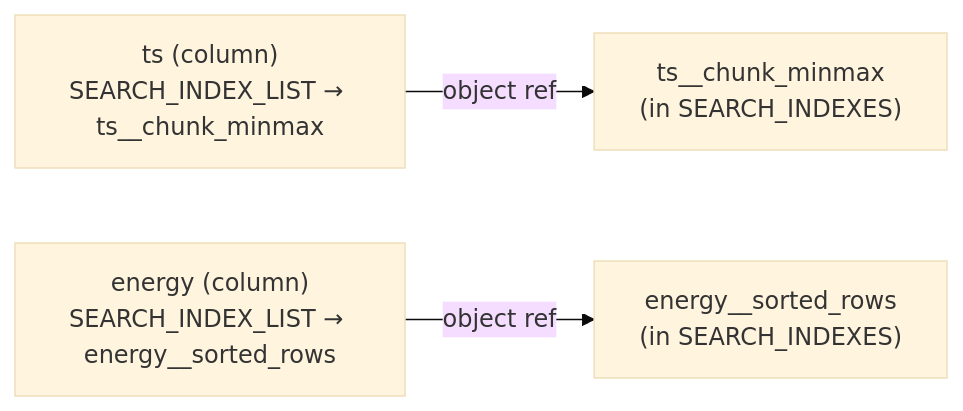
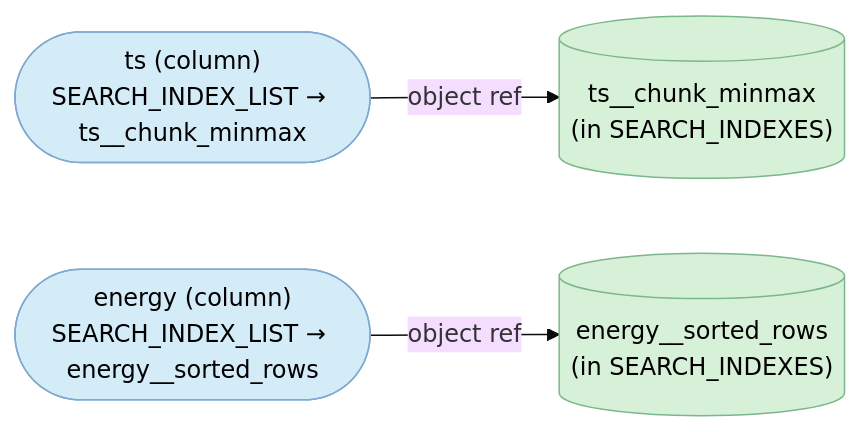
Before and after one commit to HDFAlliance/heps: the sixth of 8 diagrams in HEP001/index.md, drawn with Mermaid (base theme). The commit also changed other lines of this file, not shown here.

Commit message:
Improve Mermaid diagrams

````diff
--- a/HEP001/index.md
+++ b/HEP001/index.md
@@ -702,9 +751,15 @@
 ```{mermaid}
 graph LR
-  C1["ts (column)<br/>SEARCH_INDEX_LIST &rarr; ts__chunk_minmax"]
-  C2["energy (column)<br/>SEARCH_INDEX_LIST &rarr; energy__sorted_rows"]
-  SI1["ts__chunk_minmax<br/>(in SEARCH_INDEXES)"]
-  SI2["energy__sorted_rows<br/>(in SEARCH_INDEXES)"]
+  C1(["ts (column)<br/>SEARCH_INDEX_LIST &rarr; ts__chunk_minmax"])
+  C2(["energy (column)<br/>SEARCH_INDEX_LIST &rarr; energy__sorted_rows"])
+  SI1[("ts__chunk_minmax<br/>(in SEARCH_INDEXES)")]
+  SI2[("energy__sorted_rows<br/>(in SEARCH_INDEXES)")]
   C1 -->|"object ref"| SI1
   C2 -->|"object ref"| SI2
+
+  classDef dataCol fill:#D4EBF8,stroke:#7FA9D0,stroke-width:1px,color:#000
+  classDef siData  fill:#D7F0D8,stroke:#7CB78A,stroke-width:1px,color:#000
+
+  class C1,C2 dataCol
+  class SI1,SI2 siData
 ```
````
